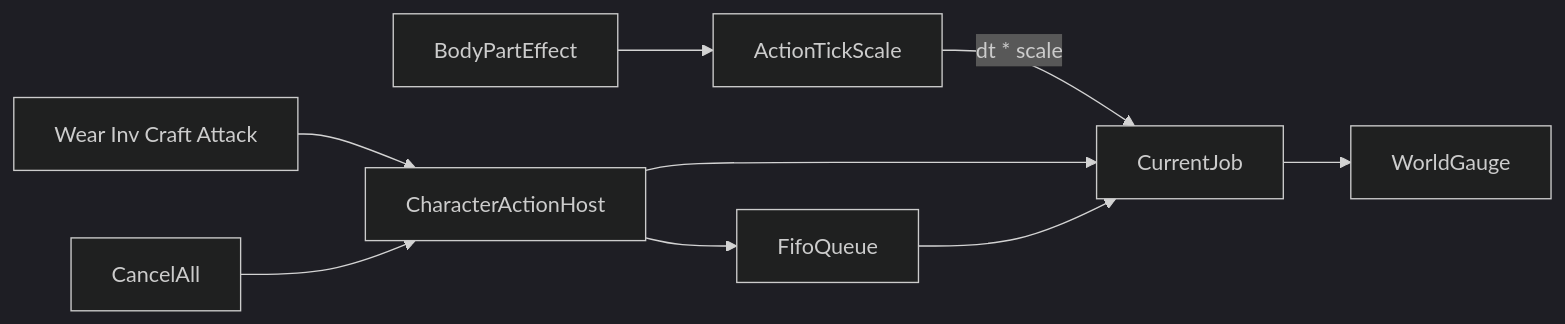
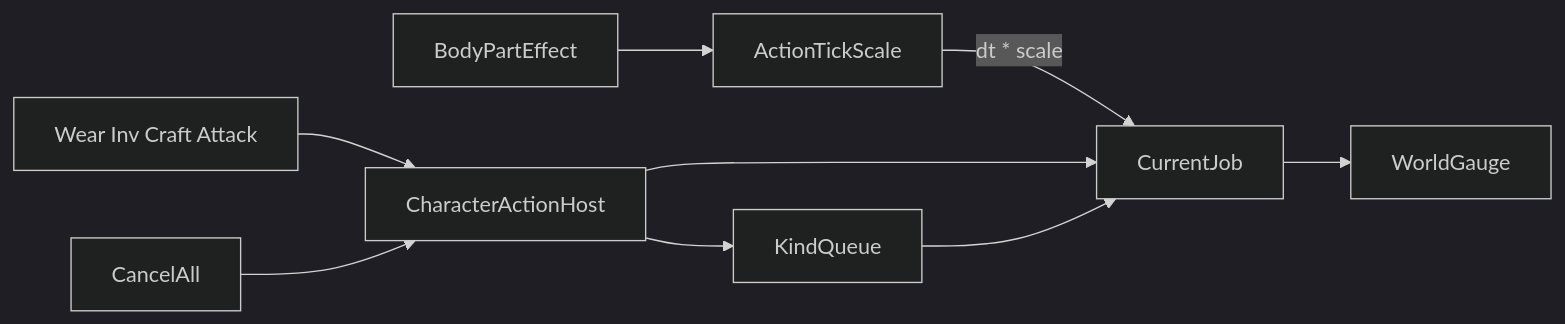
Before and after one commit to garunnir/Project_Pictureless: the diagram in docs/character/ACTION.md, drawn with Mermaid (dark theme). The commit also changed other lines of this file and 16 other files, not shown here.

````diff
--- a/docs/character/ACTION.md
+++ b/docs/character/ACTION.md
@@ -34,19 +52,19 @@
 ```mermaid
 flowchart LR
   Effects[BodyPartEffect]
   Delay[ActionTickScale]
   Req[Wear Inv Craft Attack]
   Host[CharacterActionHost]
   Cur[CurrentJob]
-  Q[FifoQueue]
+  Q[KindQueue]
   Gauge[WorldGauge]
   Cancel[CancelAll]
   Effects --> Delay
   Delay -->|"dt * scale"| Cur
   Req --> Host
   Host --> Cur
   Host --> Q
   Q --> Cur
   Cur --> Gauge
   Cancel --> Host
 ```
````
